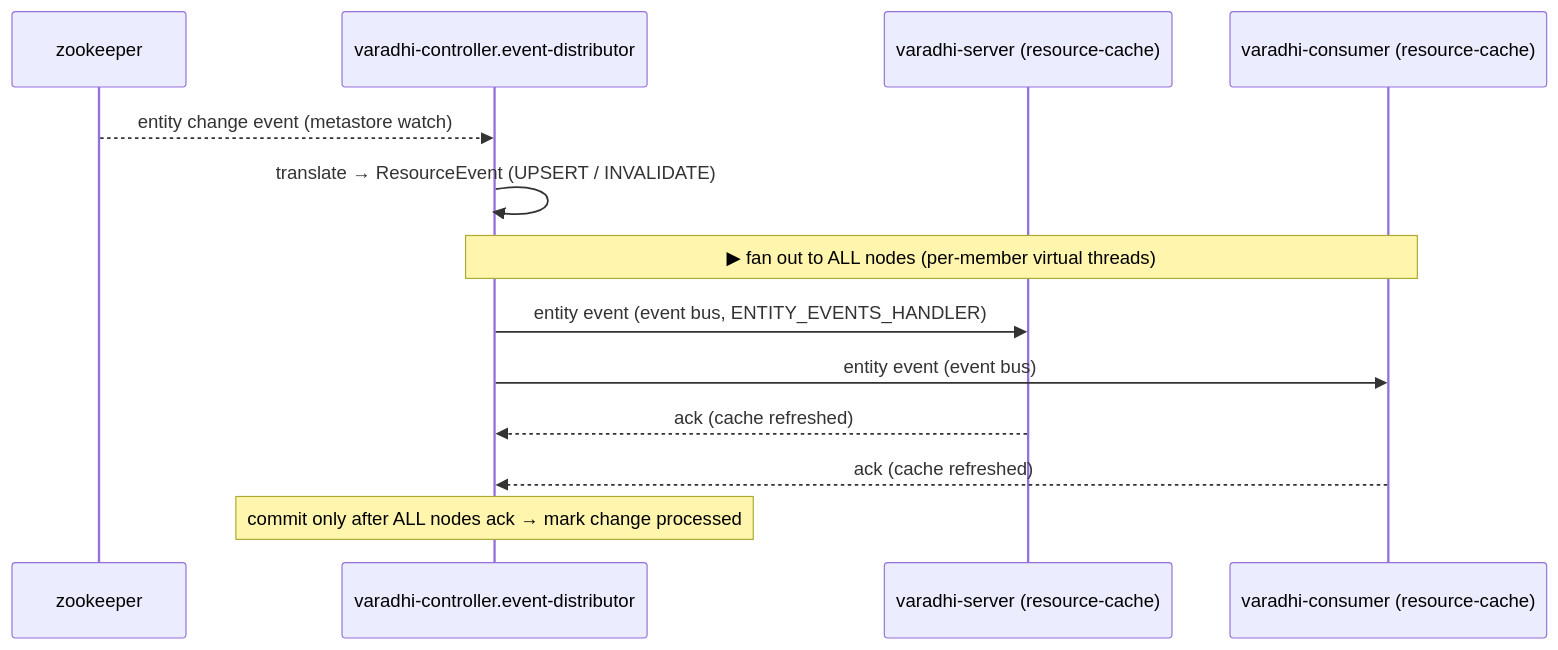
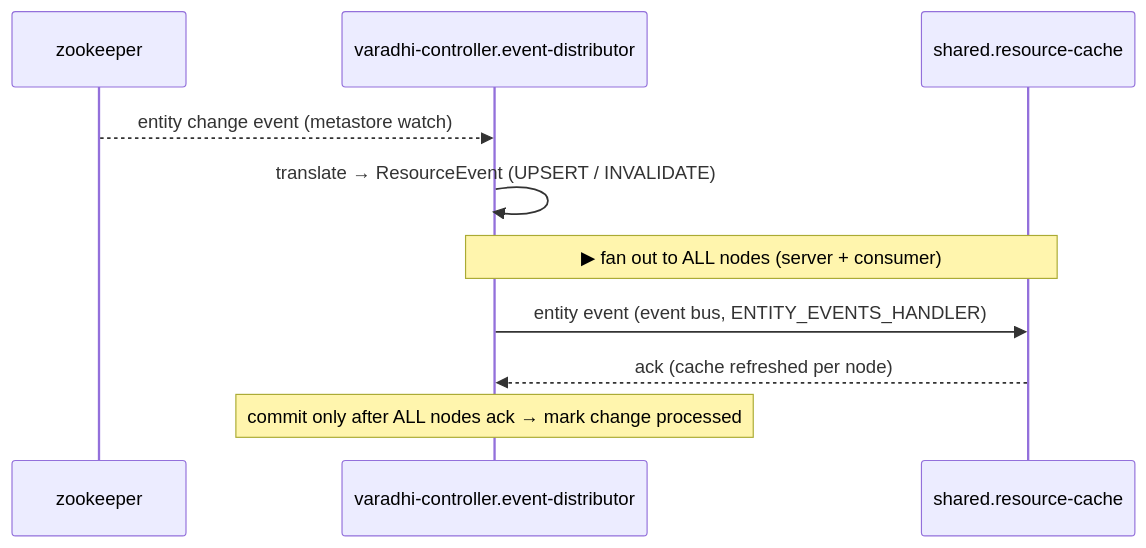
One commit to flipkart-incubator/varadhi changed the seventh of 10 diagrams in docs/flows.md. Above: the diagram before and after it, drawn with Mermaid. The commit also changed other lines of this file and 31 other files, not shown here.

````diff
--- a/docs/flows.md
+++ b/docs/flows.md
@@ -307,16 +335,13 @@
 ```mermaid
 sequenceDiagram
     participant ZK as zookeeper
     participant Dist as varadhi-controller.event-distributor
-    participant NodeA as varadhi-server (resource-cache)
-    participant NodeB as varadhi-consumer (resource-cache)
+    participant Cache as shared.resource-cache
 
     ZK-->>Dist: entity change event (metastore watch)
     Dist->>Dist: translate → ResourceEvent (UPSERT / INVALIDATE)
-    Note over Dist,NodeB: ▶ fan out to ALL nodes (per-member virtual threads)
-    Dist->>NodeA: entity event (event bus, ENTITY_EVENTS_HANDLER)
-    Dist->>NodeB: entity event (event bus)
-    NodeA-->>Dist: ack (cache refreshed)
-    NodeB-->>Dist: ack (cache refreshed)
+    Note over Dist,Cache: ▶ fan out to ALL nodes (server + consumer)
+    Dist->>Cache: entity event (event bus, ENTITY_EVENTS_HANDLER)
+    Cache-->>Dist: ack (cache refreshed per node)
     Note over Dist: commit only after ALL nodes ack → mark change processed
 ```
````
